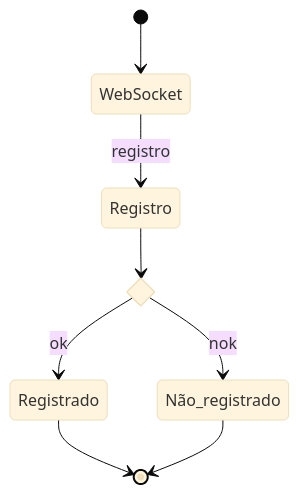
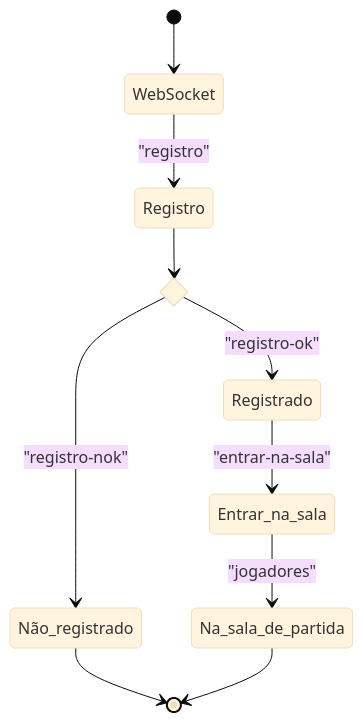
One commit to ederson-torresini/smu20231 changed the diagram in README.md. Above: the diagram before and after it, drawn with Mermaid (base theme).

Commit message:
Registro e entrada na sala #10

````diff
--- a/README.md
+++ b/README.md
@@ -9,14 +9,18 @@
 ```mermaid
 stateDiagram-v2
     state if_registro <<choice>>
 
     [*] --> WebSocket
-    WebSocket --> Registro: registro
+    
+    WebSocket --> Registro: "registro"
     
     Registro --> if_registro
-    if_registro --> Registrado: ok
-    if_registro --> Não_registrado: nok
+    if_registro --> Registrado: "registro-ok"
+    if_registro --> Não_registrado: "registro-nok"
     
-    Registrado --> [*]
     Não_registrado --> [*]
+
+    Registrado --> Entrar_na_sala: "entrar-na-sala"
+    Entrar_na_sala --> Na_sala_de_partida: "jogadores"
+    Na_sala_de_partida --> [*]
 ```
````
